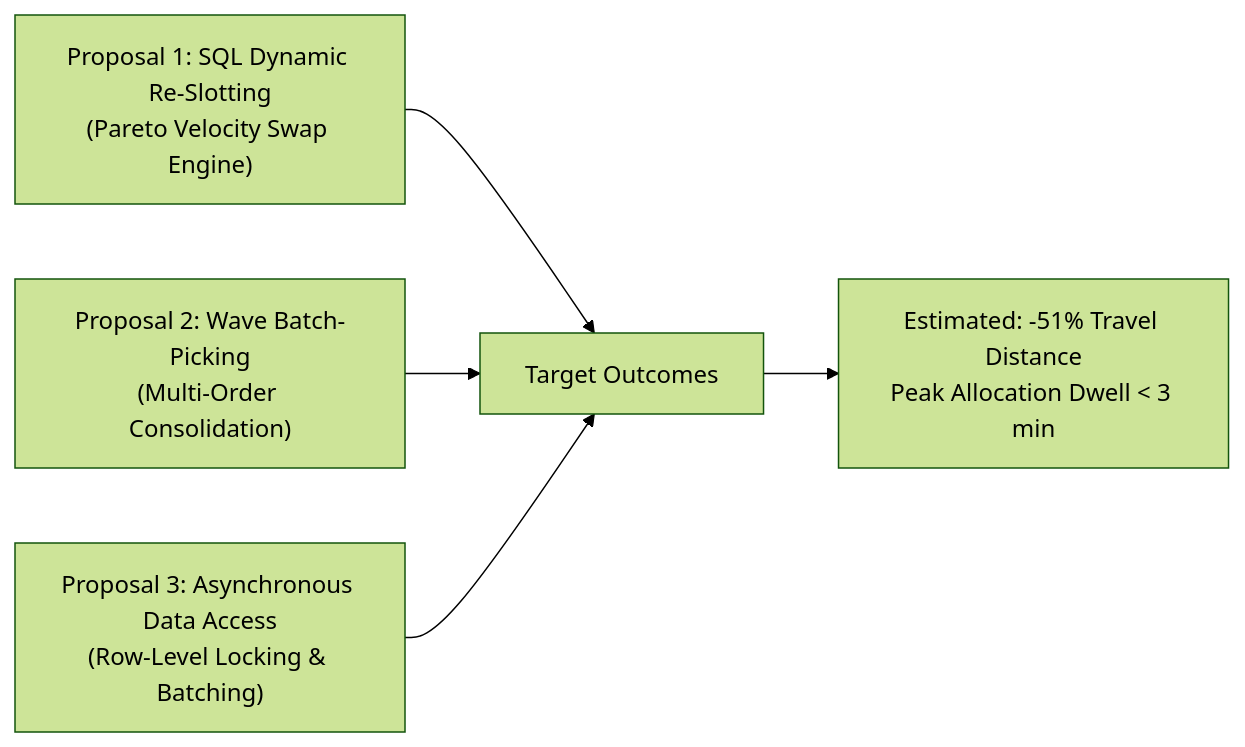
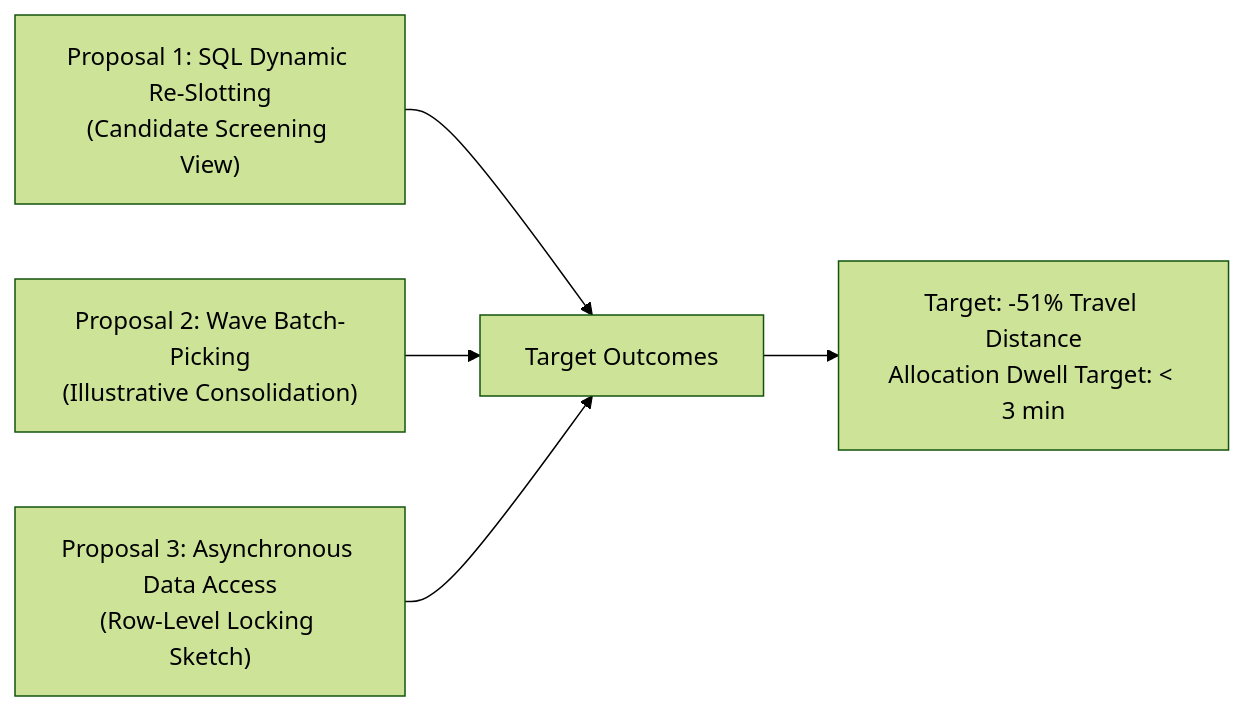
The second of 2 diagrams in docs/SYSTEM_IMPROVEMENT_REPORT.md (KiskuAryan/wms-operational-efficiency-audit), drawn with Mermaid (forest theme) before and after one commit. The commit also changed other lines of this file and 3 other files, not shown here.

Commit message:
Refactor: Precision SKU demand ranks, aggregated bin allocation sketch, explicit arithmetic basis for targets, and deterministic seed documentation

````diff
--- a/docs/SYSTEM_IMPROVEMENT_REPORT.md
+++ b/docs/SYSTEM_IMPROVEMENT_REPORT.md
@@ -114,7 +121,7 @@
 ```mermaid
 flowchart LR
-    P1["Proposal 1: SQL Dynamic Re-Slotting<br>(Pareto Velocity Swap Engine)"] --> Benefits["Target Outcomes"]
-    P2["Proposal 2: Wave Batch-Picking<br>(Multi-Order Consolidation)"] --> Benefits
-    P3["Proposal 3: Asynchronous Data Access<br>(Row-Level Locking & Batching)"] --> Benefits
-    Benefits --> Outcome["Estimated: -51% Travel Distance<br>Peak Allocation Dwell < 3 min"]
+    P1["Proposal 1: SQL Dynamic Re-Slotting<br>(Candidate Screening View)"] --> Benefits["Target Outcomes"]
+    P2["Proposal 2: Wave Batch-Picking<br>(Illustrative Consolidation)"] --> Benefits
+    P3["Proposal 3: Asynchronous Data Access<br>(Row-Level Locking Sketch)"] --> Benefits
+    Benefits --> Outcome["Target: -51% Travel Distance<br>Allocation Dwell Target: < 3 min"]
 ```
````
